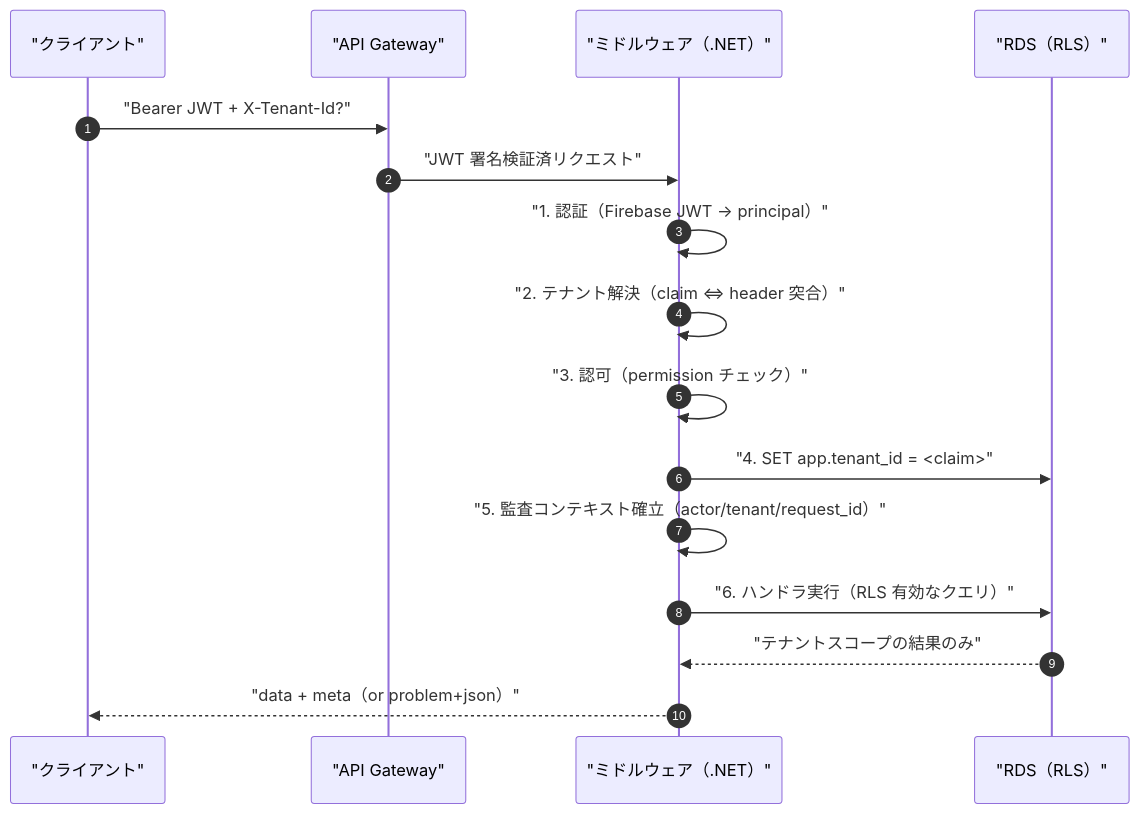
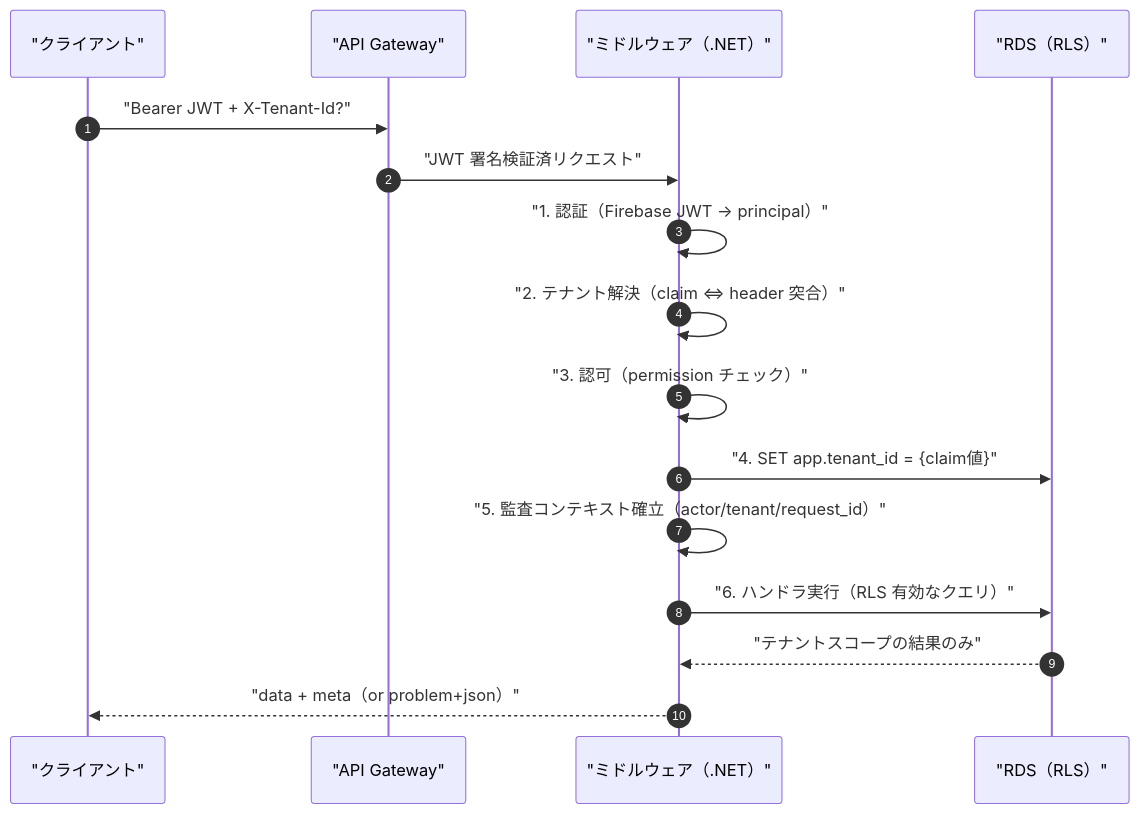
Before and after one commit to TSUNAGUBA/akebono-honshu: the second of 7 diagrams in docs/platform-design/detailed-design/25-api-and-integration-contracts.md, drawn with Mermaid. The commit also changed other lines of this file and 30 other files, not shown here.

````diff
--- a/docs/platform-design/detailed-design/25-api-and-integration-contracts.md
+++ b/docs/platform-design/detailed-design/25-api-and-integration-contracts.md
@@ -180,18 +180,18 @@
 ```mermaid
 sequenceDiagram
   autonumber
   participant C as "クライアント"
   participant GW as "API Gateway"
   participant MW as "ミドルウェア（.NET）"
   participant DB as "RDS（RLS）"
   C->>GW: "Bearer JWT + X-Tenant-Id?"
   GW->>MW: "JWT 署名検証済リクエスト"
   MW->>MW: "1. 認証（Firebase JWT → principal）"
   MW->>MW: "2. テナント解決（claim ⇔ header 突合）"
   MW->>MW: "3. 認可（permission チェック）"
-  MW->>DB: "4. SET app.tenant_id = <claim>"
+  MW->>DB: "4. SET app.tenant_id = {claim値}"
   MW->>MW: "5. 監査コンテキスト確立（actor/tenant/request_id）"
   MW->>DB: "6. ハンドラ実行（RLS 有効なクエリ）"
   DB-->>MW: "テナントスコープの結果のみ"
   MW-->>C: "data + meta（or problem+json）"
 ```
````
